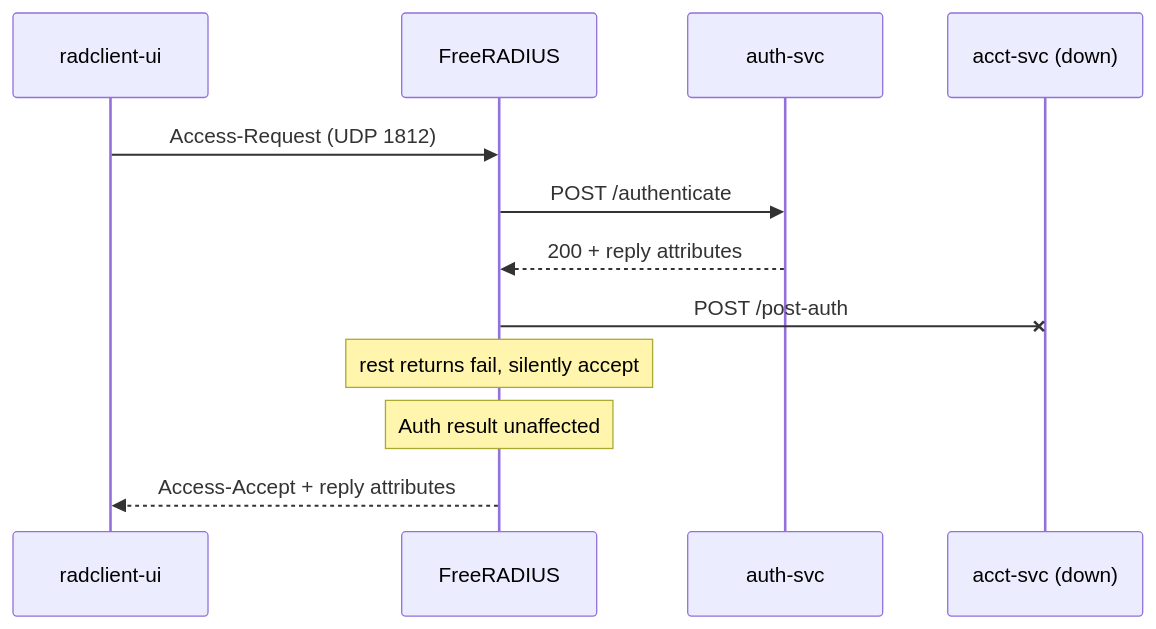
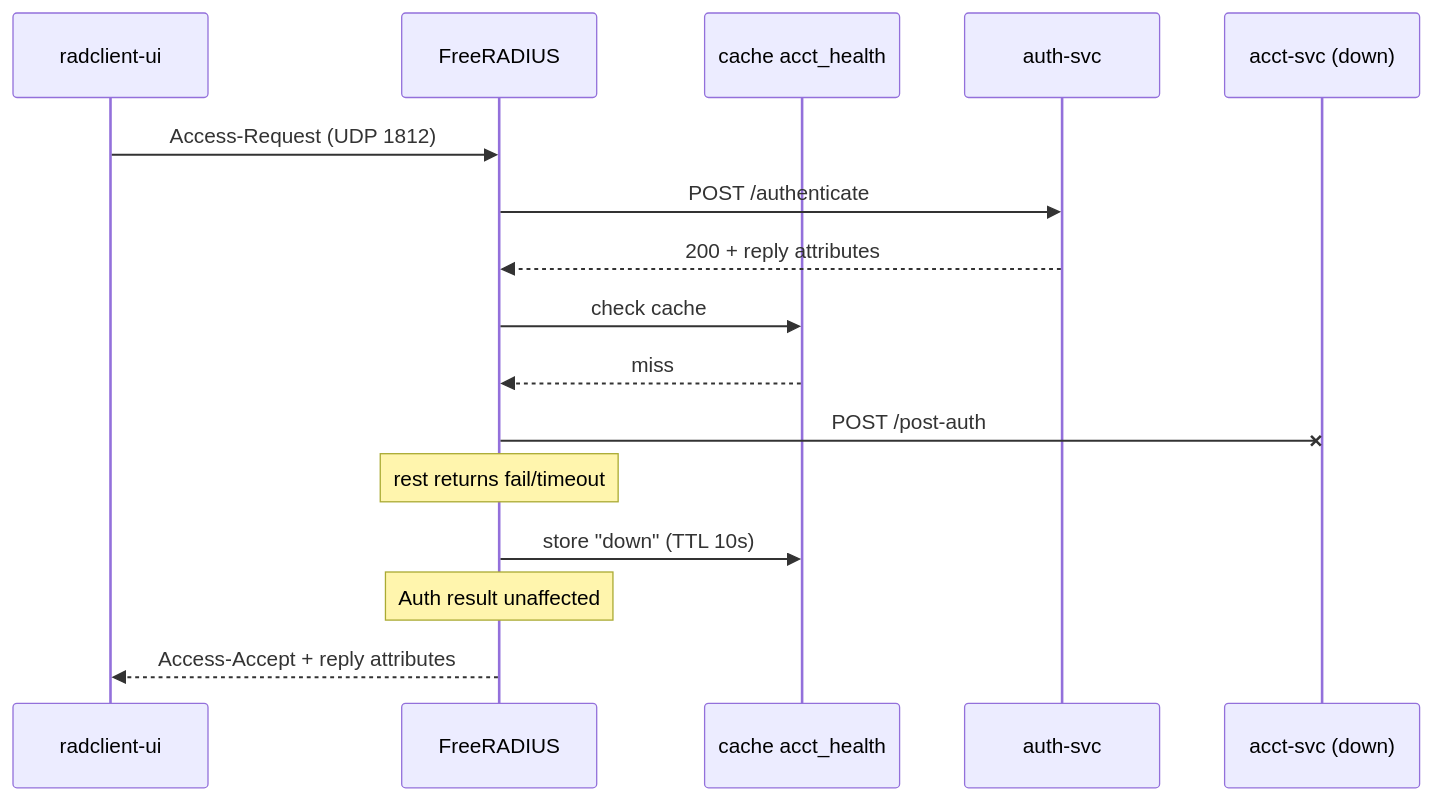
The sixth of 8 diagrams in README.md (Work-Systems-Ltd/freeradius-http-auth), drawn with Mermaid before and after one commit. The commit also changed other lines of this file and 4 other files, not shown here.

````diff
--- a/README.md
+++ b/README.md
@@ -117,15 +117,19 @@
 ```mermaid
 sequenceDiagram
     participant UI as radclient-ui
     participant FR as FreeRADIUS
+    participant CA as cache acct_health
     participant AS as auth-svc
     participant AC as acct-svc (down)
 
     UI->>FR: Access-Request (UDP 1812)
     FR->>AS: POST /authenticate
     AS-->>FR: 200 + reply attributes
+    FR->>CA: check cache
+    CA-->>FR: miss
     FR-xAC: POST /post-auth
-    Note over FR: rest returns fail, silently accept
+    Note over FR: rest returns fail/timeout
+    FR->>CA: store "down" (TTL 10s)
     Note over FR: Auth result unaffected
     FR-->>UI: Access-Accept + reply attributes
 ```
````
